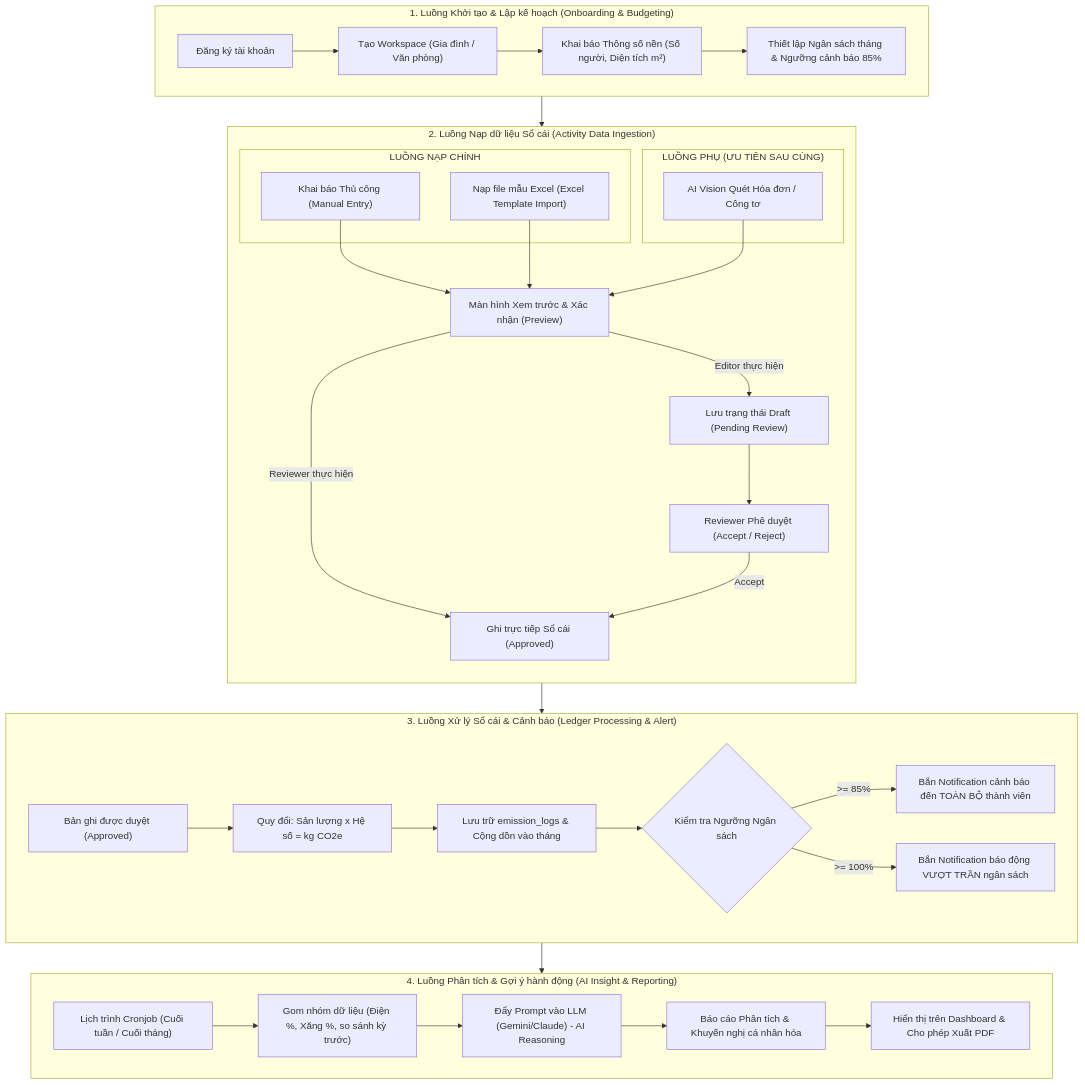
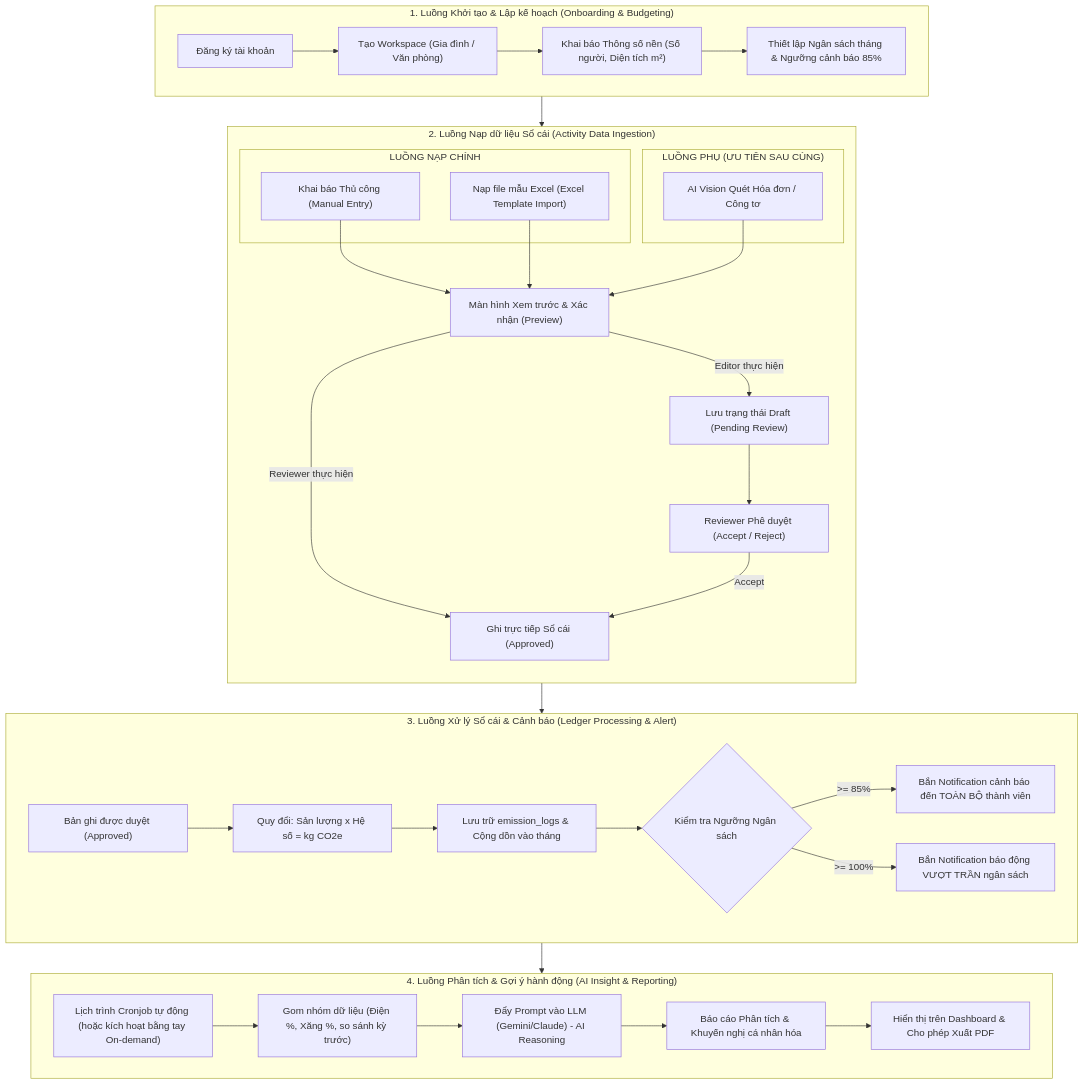
One commit to DatTienNguyenn/PMDC-BATCH4-DATNT250 changed the first of 2 diagrams in spec.md. Above: the diagram before and after it, drawn with Mermaid. The commit also changed other lines of this file and 5 other files, not shown here.

Commit message:
docs: approve architecture and DB design, make AI reporting schedule configurable with on-demand trigger, update Excel metric to <= 5s, and fix LaTeX math syntax

````diff
--- a/spec.md
+++ b/spec.md
@@ -59,41 +59,41 @@
 ```mermaid
 flowchart TD
     subgraph Flow1["1. Luồng Khởi tạo & Lập kế hoạch (Onboarding & Budgeting)"]
         A1["Đăng ký tài khoản"] --> A2["Tạo Workspace (Gia đình / Văn phòng)"]
         A2 --> A3["Khai báo Thông số nền (Số người, Diện tích m²)"]
         A3 --> A4["Thiết lập Ngân sách tháng & Ngưỡng cảnh báo 85%"]
     end
 
     subgraph Flow2["2. Luồng Nạp dữ liệu Sổ cái (Activity Data Ingestion)"]
         direction TB
         subgraph MainIngestion["LUỒNG NẠP CHÍNH"]
             B1["Khai báo Thủ công (Manual Entry)"]
             B3["Nạp file mẫu Excel (Excel Template Import)"]
         end
         subgraph SecondaryIngestion["LUỒNG PHỤ (ƯU TIÊN SAU CÙNG)"]
             B2["AI Vision Quét Hóa đơn / Công tơ"]
         end
         B1 & B3 & B2 --> B4["Màn hình Xem trước & Xác nhận (Preview)"]
         B4 -->|Editor thực hiện| B5["Lưu trạng thái Draft (Pending Review)"]
         B4 -->|Reviewer thực hiện| B6["Ghi trực tiếp Sổ cái (Approved)"]
         B5 --> B7["Reviewer Phê duyệt (Accept / Reject)"]
         B7 -->|Accept| B6
     end
 
     subgraph Flow3["3. Luồng Xử lý Sổ cái & Cảnh báo (Ledger Processing & Alert)"]
         C1["Bản ghi được duyệt (Approved)"] --> C2["Quy đổi: Sản lượng x Hệ số = kg CO2e"]
         C2 --> C3["Lưu trữ emission_logs & Cộng dồn vào tháng"]
         C3 --> C4{"Kiểm tra Ngưỡng Ngân sách"}
         C4 -->|>= 85%| C5["Bắn Notification cảnh báo đến TOÀN BỘ thành viên"]
         C4 -->|>= 100%| C6["Bắn Notification báo động VƯỢT TRẦN ngân sách"]
     end
 
     subgraph Flow4["4. Luồng Phân tích & Gợi ý hành động (AI Insight & Reporting)"]
-        D1["Lịch trình Cronjob (Cuối tuần / Cuối tháng)"] --> D2["Gom nhóm dữ liệu (Điện %, Xăng %, so sánh kỳ trước)"]
+        D1["Lịch trình Cronjob tự động (hoặc kích hoạt bằng tay On-demand)"] --> D2["Gom nhóm dữ liệu (Điện %, Xăng %, so sánh kỳ trước)"]
         D2 --> D3["Đẩy Prompt vào LLM (Gemini/Claude) - AI Reasoning"]
         D3 --> D4["Báo cáo Phân tích & Khuyến nghị cá nhân hóa"]
         D4 --> D5["Hiển thị trên Dashboard & Cho phép Xuất PDF"]
     end
 
     Flow1 --> Flow2 --> Flow3 --> Flow4
 ```
````
